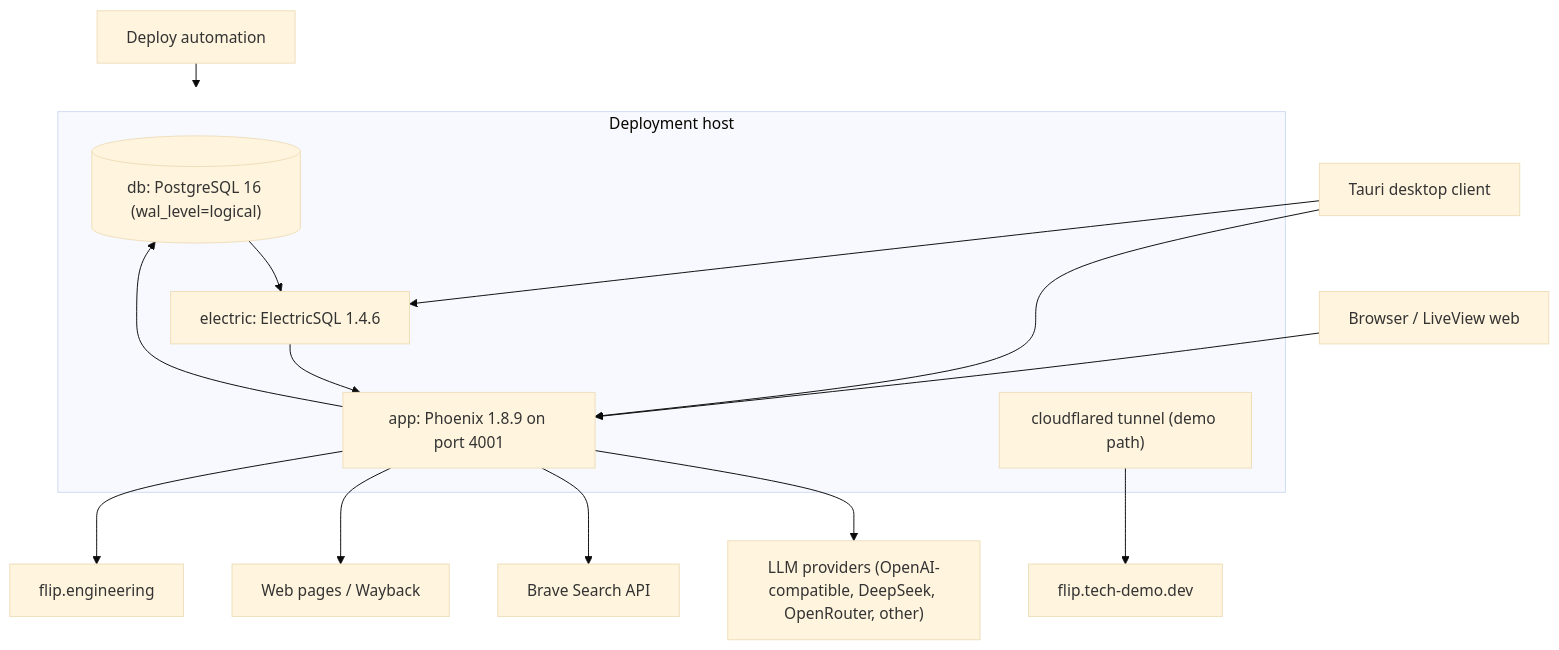
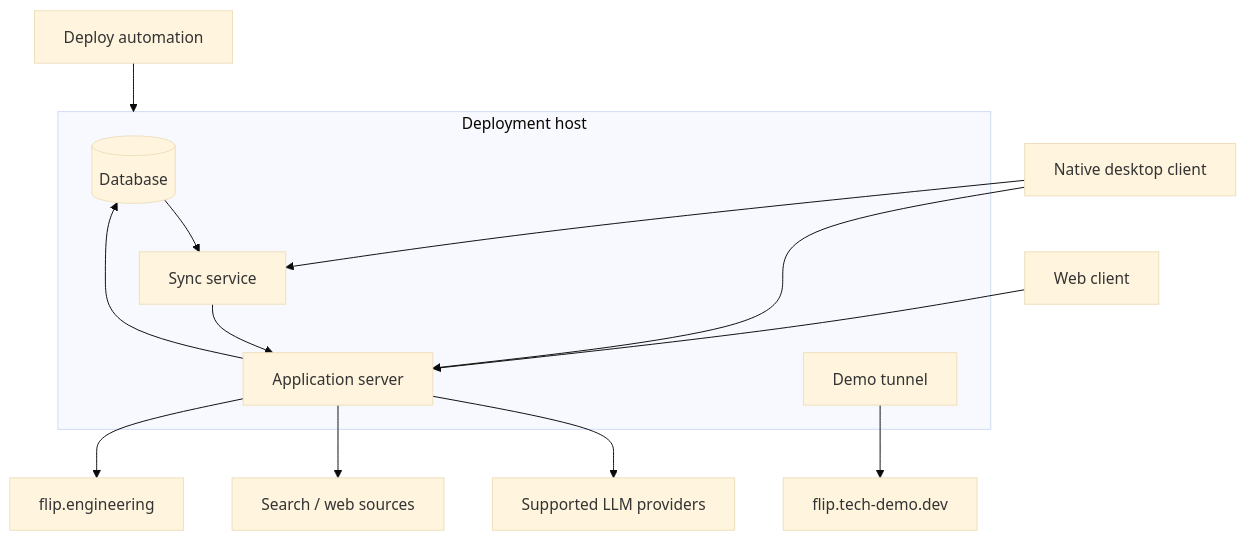
One commit to wahargis/portfolio changed the diagram in flip-technical-overview/diagrams/service-container-map.mmd. Above: the diagram before and after it, drawn with Mermaid (base theme). The commit also changed 53 other files, not shown here.

Commit message:
Public-portfolio audit fixes: conceptual architecture pages, executive summaries, diagrams, and redactions

```diff
--- a/flip-technical-overview/diagrams/service-container-map.mmd
+++ b/flip-technical-overview/diagrams/service-container-map.mmd
@@ -1,19 +1,18 @@
 flowchart TB
     subgraph HOST["Deployment host"]
-        DB[("db: PostgreSQL 16 (wal_level=logical)")]
-        EL["electric: ElectricSQL 1.4.6"]
-        APP["app: Phoenix 1.8.9 on port 4001"]
-        TUNNEL["cloudflared tunnel (demo path)"]
-        DB --> EL
-        EL --> APP
+        DB[("Database")]
+        SYNC["Sync service"]
+        APP["Application server"]
+        TUNNEL["Demo tunnel"]
+        DB --> SYNC
+        SYNC --> APP
         APP --> DB
     end
-    WEB["Browser / LiveView web"] --> APP
-    CLIENT["Tauri desktop client"] --> APP
-    CLIENT --> EL
-    APP --> LLM["LLM providers (OpenAI-compatible, DeepSeek, OpenRouter, other)"]
-    APP --> BRAVE["Brave Search API"]
-    APP --> WEBPAGES["Web pages / Wayback"]
+    WEB["Web client"] --> APP
+    CLIENT["Native desktop client"] --> APP
+    CLIENT --> SYNC
+    APP --> LLM["Supported LLM providers"]
+    APP --> SOURCES["Search / web sources"]
     DEPLOY["Deploy automation"] --> HOST
     TUNNEL --> DEMO["flip.tech-demo.dev"]
     APP --> PROD["flip.engineering"]
```
